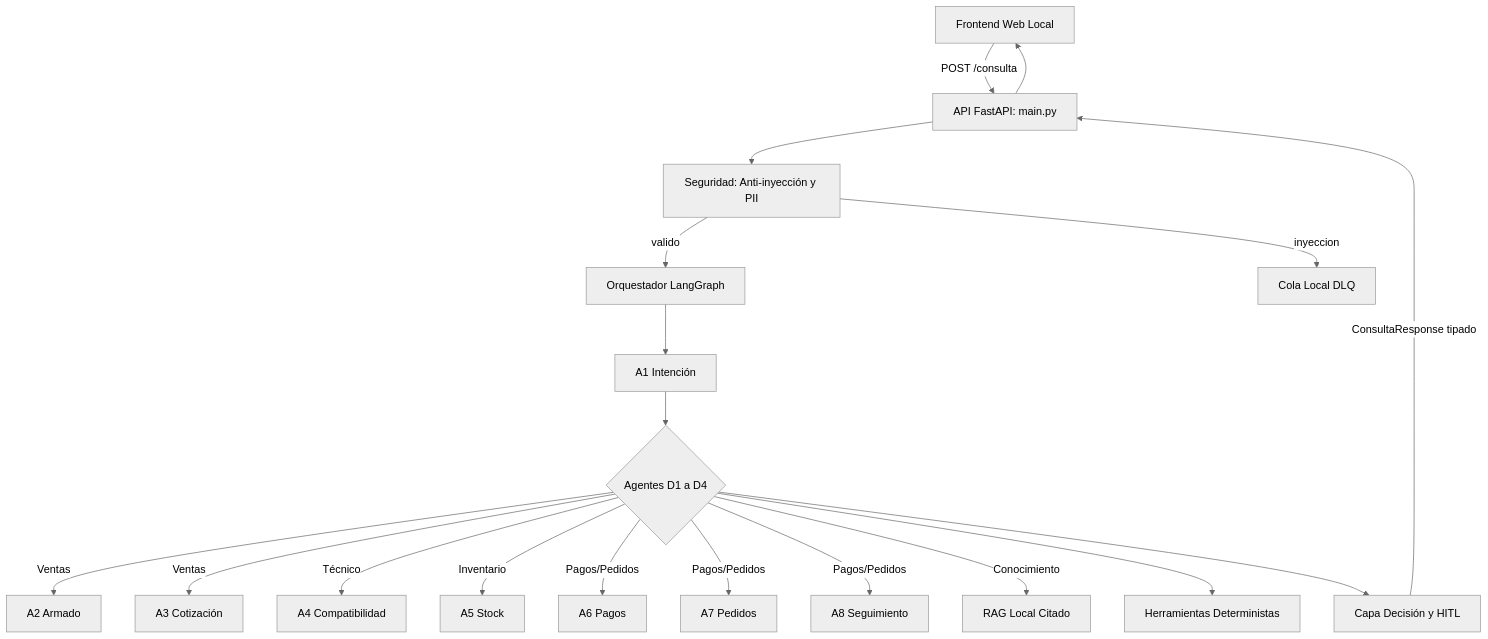
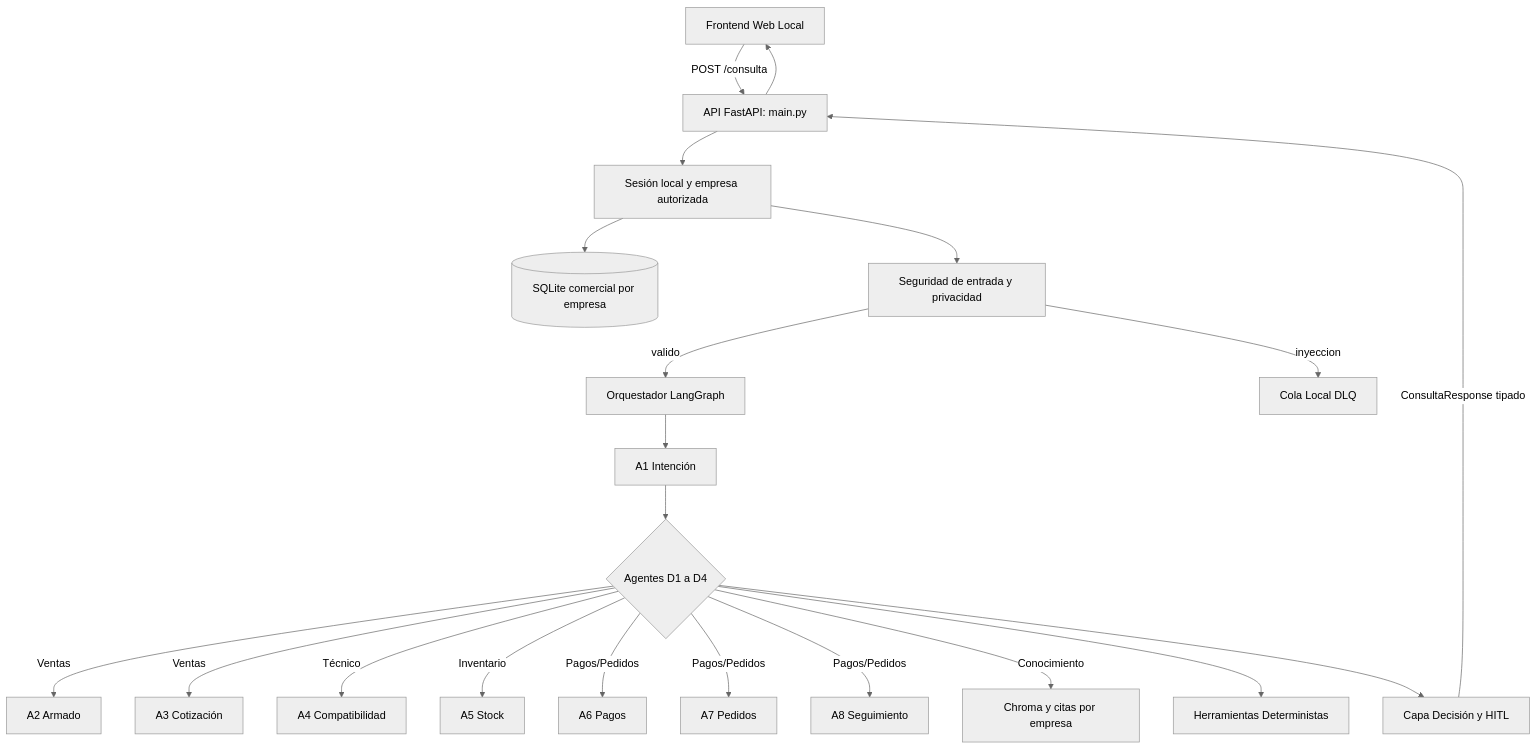
The diagram in README.md (alessandrorr1007-debug/veltri), drawn with Mermaid (neutral theme) before and after one commit. The commit also changed other lines of this file and 22 other files, not shown here.

Commit message:
feat: habilitar plataforma comercial multiempresa local

````diff
--- a/README.md
+++ b/README.md
@@ -26,18 +29,20 @@
 ```mermaid
 flowchart TD
     UI[Frontend Web Local] -->|POST /consulta| API[API FastAPI: main.py]
-    API --> SEG[Seguridad: Anti-inyección y PII]
+    API --> SES[Sesión local y empresa autorizada]
+    SES --> DB[(SQLite comercial por empresa)]
+    SES --> SEG[Seguridad de entrada y privacidad]
     SEG -->|valido| ORQ[Orquestador LangGraph]
     SEG -->|inyeccion| DLQ[Cola Local DLQ]
     ORQ --> A1[A1 Intención]
     A1 --> DOM{Agentes D1 a D4}
     DOM -->|Ventas| A2[A2 Armado] & A3[A3 Cotización]
     DOM -->|Técnico| A4[A4 Compatibilidad]
     DOM -->|Inventario| A5[A5 Stock]
     DOM -->|Pagos/Pedidos| A6[A6 Pagos] & A7[A7 Pedidos] & A8[A8 Seguimiento]
-    DOM -->|Conocimiento| RAG[RAG Local Citado]
+    DOM -->|Conocimiento| RAG[Chroma y citas por empresa]
     DOM --> HER[Herramientas Deterministas]
     DOM --> DEC[Capa Decisión y HITL]
     DEC -->|ConsultaResponse tipado| API
     API --> UI
 ```
````
